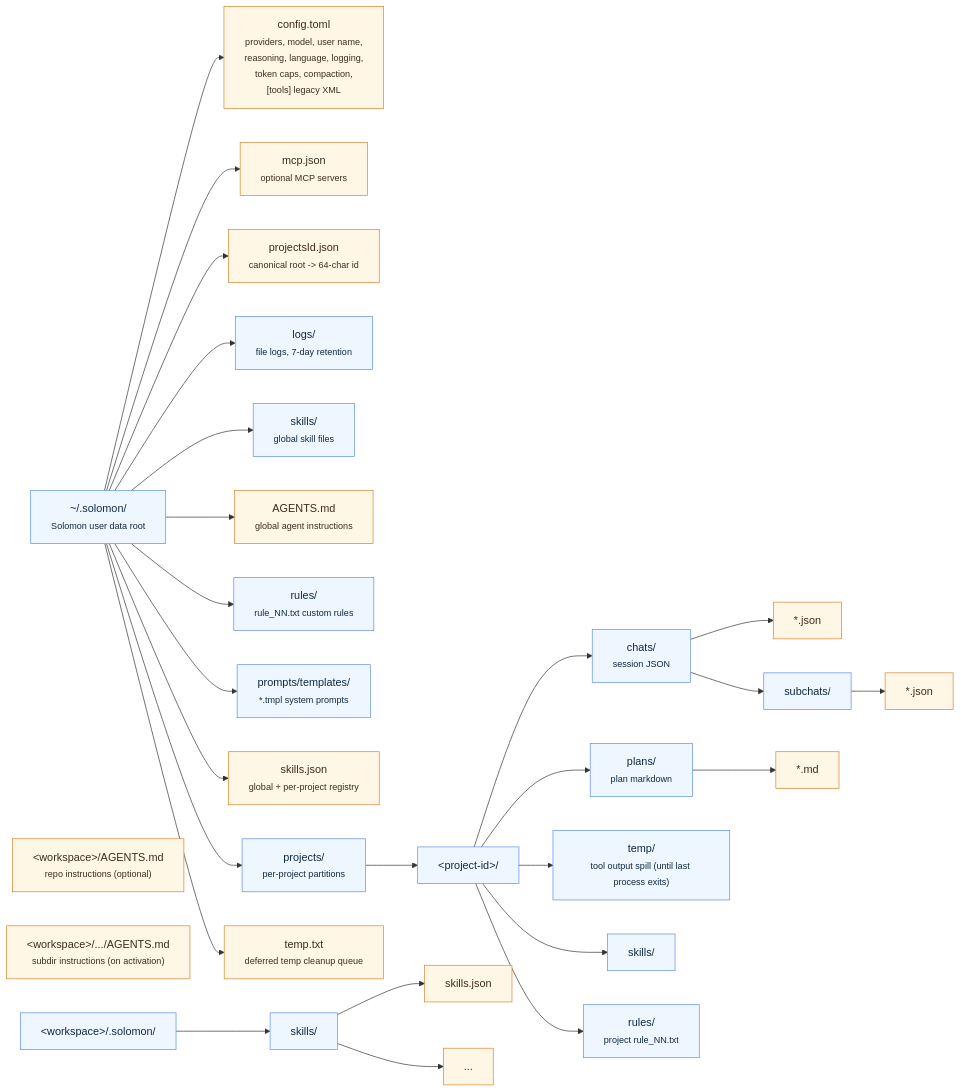
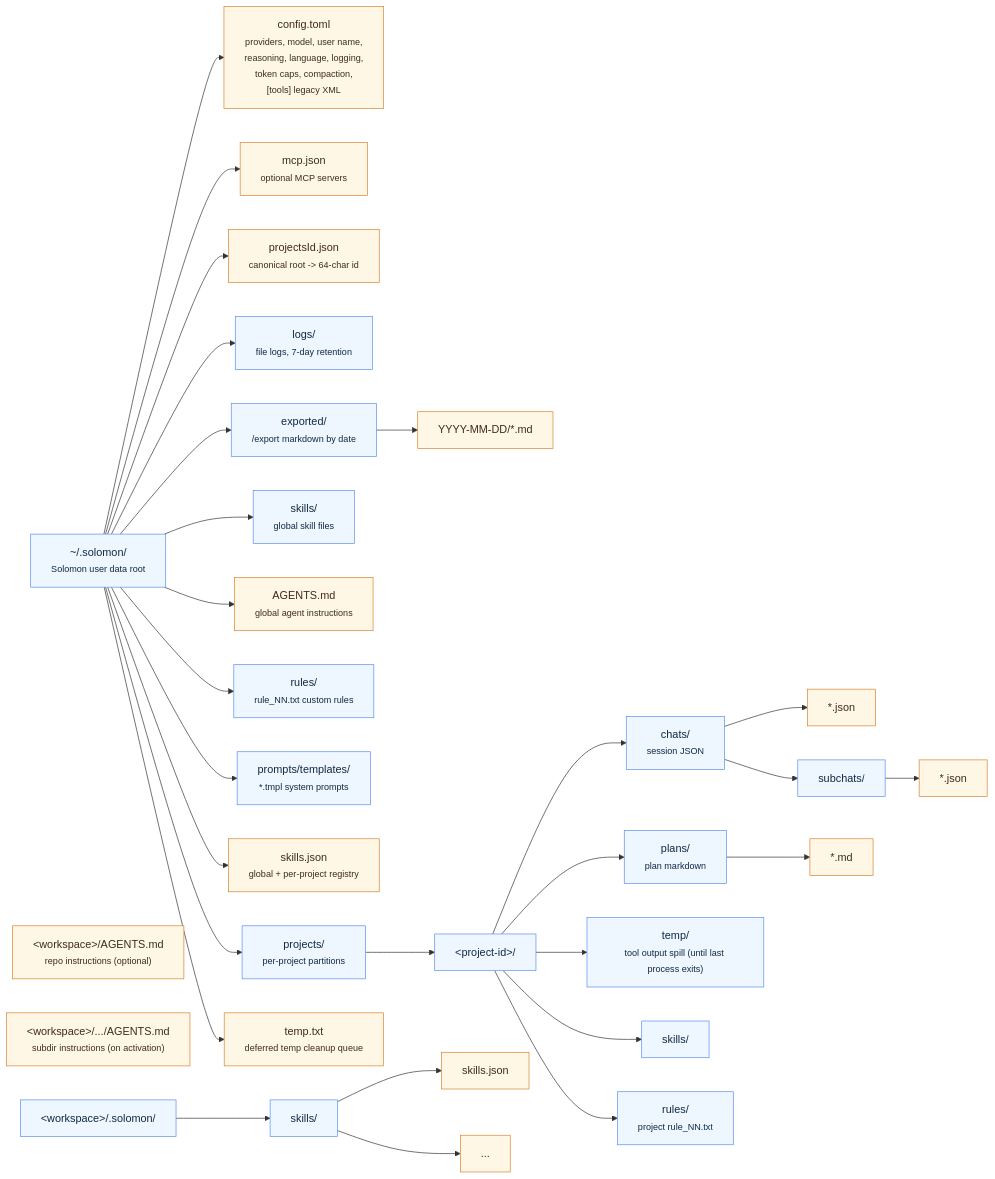
The diagram in docs/user-guide/data-layout.md (SAPPHIR3-ROS3/Solomon), drawn with Mermaid before and after one commit. The commit also changed other lines of this file and 17 other files, not shown here.

First line of the commit message:
Add /export slash command to archive chats as markdown.

````diff
--- a/docs/user-guide/data-layout.md
+++ b/docs/user-guide/data-layout.md
@@ -5,66 +5,70 @@
 ```mermaid
 flowchart LR
   home["~/.solomon/<br/><small>Solomon user data root</small>"]
 
   config["config.toml<br/><small>providers, model, user name,<br/>reasoning, language, logging,<br/>token caps, compaction,<br/>[tools] legacy XML</small>"]
   mcpConfig["mcp.json<br/><small>optional MCP servers</small>"]
   projectMap["projectsId.json<br/><small>canonical root -> 64-char id</small>"]
   logs["logs/<br/><small>file logs, 7-day retention</small>"]
+  exported["exported/<br/><small>/export markdown by date</small>"]
+  exportFile["YYYY-MM-DD/*.md"]
   globalSkillsDir["skills/<br/><small>global skill files</small>"]
   globalAgents["AGENTS.md<br/><small>global agent instructions</small>"]
   globalRules["rules/<br/><small>rule_NN.txt custom rules</small>"]
   promptTemplates["prompts/templates/<br/><small>*.tmpl system prompts</small>"]
   skillsRegistry["skills.json<br/><small>global + per-project registry</small>"]
 
   projects["projects/<br/><small>per-project partitions</small>"]
   projectNode["&lt;project-id&gt;/"]
   chats["chats/<br/><small>session JSON</small>"]
   chatFile["*.json"]
   subchats["subchats/"]
   subchatFile["*.json"]
   plans["plans/<br/><small>plan markdown</small>"]
   planFile["*.md"]
   temp["temp/<br/><small>tool output spill (until last process exits)</small>"]
   tempQueue["temp.txt<br/><small>deferred temp cleanup queue</small>"]
   projectSkills["skills/"]
   projectRules["rules/<br/><small>project rule_NN.txt</small>"]
 
   repoAgents["&lt;workspace&gt;/AGENTS.md<br/><small>repo instructions (optional)</small>"]
   repoSubAgents["&lt;workspace&gt;/.../AGENTS.md<br/><small>subdir instructions (on activation)</small>"]
 
   workspaceRoot["&lt;workspace&gt;/.solomon/"]
   workspaceSkills["skills/"]
   localMirror["skills.json"]
   localFiles["..."]
 
   home --> config
   home --> mcpConfig
   home --> projectMap
   home --> logs
+  home --> exported
+  exported --> exportFile
   home --> tempQueue
   home --> globalSkillsDir
   home --> globalAgents
   home --> globalRules
   home --> promptTemplates
   home --> skillsRegistry
   home --> projects
   projects --> projectNode
   projectNode --> chats
   chats --> chatFile
   chats --> subchats
   subchats --> subchatFile
   projectNode --> plans
   plans --> planFile
   projectNode --> temp
   projectNode --> projectSkills
   projectNode --> projectRules
 
   workspaceRoot --> workspaceSkills
   workspaceSkills --> localMirror
   workspaceSkills --> localFiles
 
   classDef folder fill:#eef6ff,stroke:#5b8def,color:#102a43
   classDef file fill:#fff7e6,stroke:#d9822b,color:#3d2b1f
-  class home,logs,globalSkillsDir,globalRules,promptTemplates,projects,projectNode,chats,subchats,plans,temp,projectSkills,projectRules,workspaceRoot,workspaceSkills folder
-  class config,mcpConfig,projectMap,skillsRegistry,tempQueue,chatFile,subchatFile,planFile,localMirror,localFiles,globalAgents,repoAgents,repoSubAgents file
+  class home,logs,exported,globalSkillsDir,globalRules,promptTemplates,projects,projectNode,chats,subchats,plans,temp,projectSkills,projectRules,workspaceRoot,workspaceSkills folder
+  class config,mcpConfig,projectMap,skillsRegistry,tempQueue,chatFile,subchatFile,planFile,exportFile,localMirror,localFiles,globalAgents,repoAgents,repoSubAgents file
 ```
````
